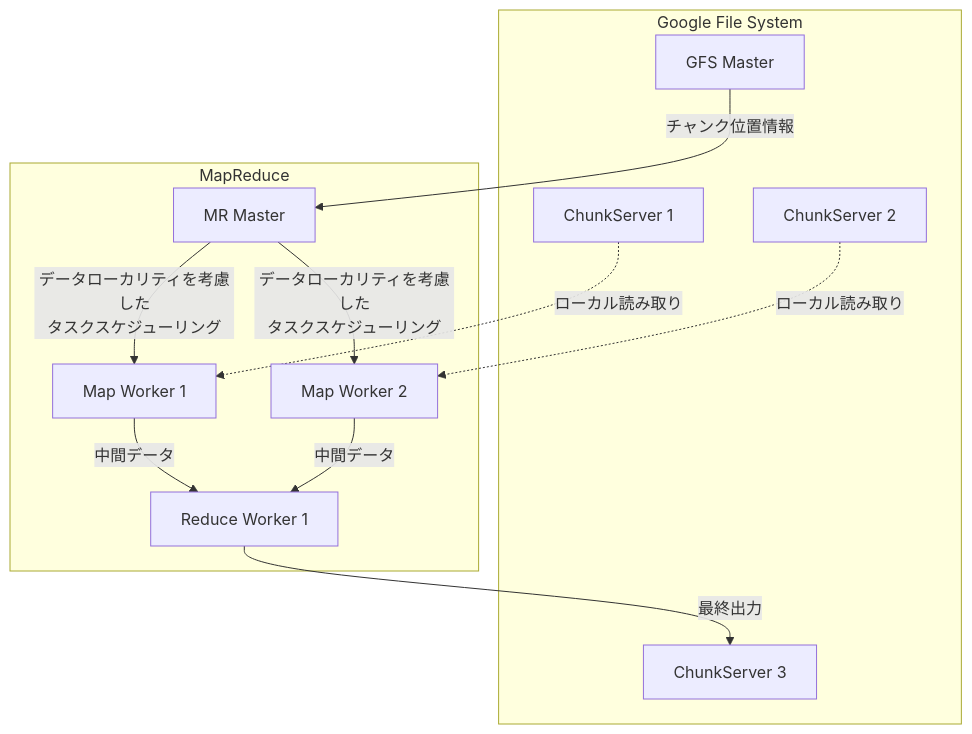
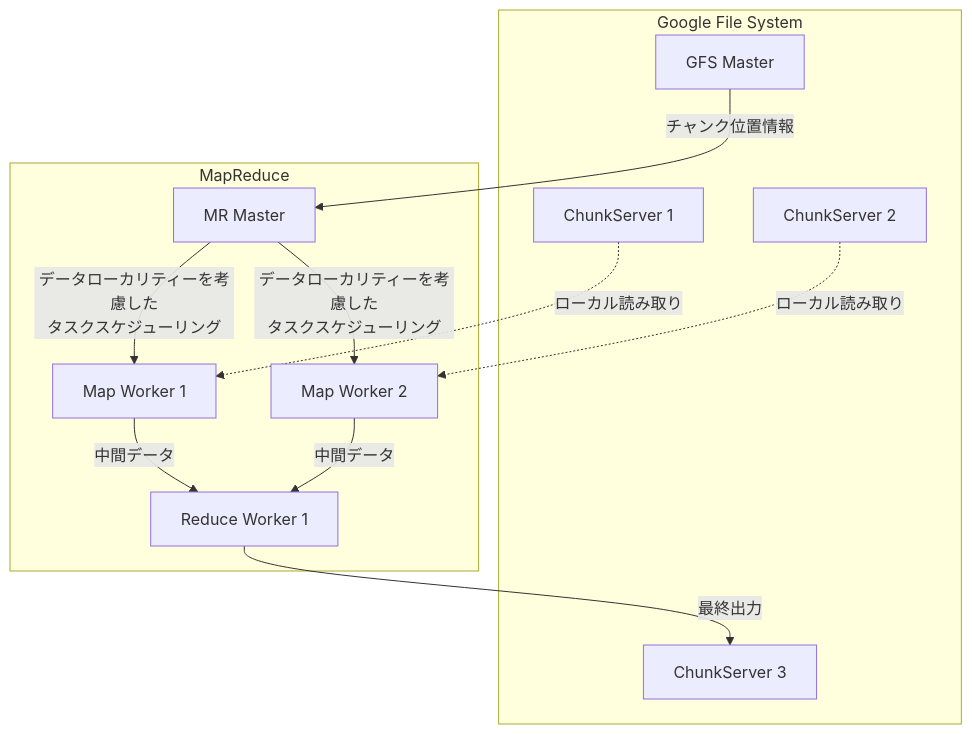
One commit to yoichiozaki/yoichiozaki.github.io changed the second of 2 diagrams in content/blog/ja/mapreduce.mdx. Above: the diagram before and after it, drawn with Mermaid. The commit also changed other lines of this file and 117 other files, not shown here.

````diff
--- a/content/blog/ja/mapreduce.mdx
+++ b/content/blog/ja/mapreduce.mdx
@@ -556,25 +556,25 @@
 ```mermaid
 graph TB
     subgraph GFS["Google File System"]
         GM[GFS Master]
         CS1[ChunkServer 1]
         CS2[ChunkServer 2]
         CS3[ChunkServer 3]
     end
 
     subgraph MR["MapReduce"]
         MRM[MR Master]
         MW1[Map Worker 1]
         MW2[Map Worker 2]
         RW1[Reduce Worker 1]
     end
 
     GM -->|チャンク位置情報| MRM
-    MRM -->|データローカリティを考慮した<br/>タスクスケジューリング| MW1
-    MRM -->|データローカリティを考慮した<br/>タスクスケジューリング| MW2
+    MRM -->|データローカリティーを考慮した<br/>タスクスケジューリング| MW1
+    MRM -->|データローカリティーを考慮した<br/>タスクスケジューリング| MW2
     CS1 -.->|ローカル読み取り| MW1
     CS2 -.->|ローカル読み取り| MW2
     MW1 -->|中間データ| RW1
     MW2 -->|中間データ| RW1
     RW1 -->|最終出力| CS3
 ```
````
